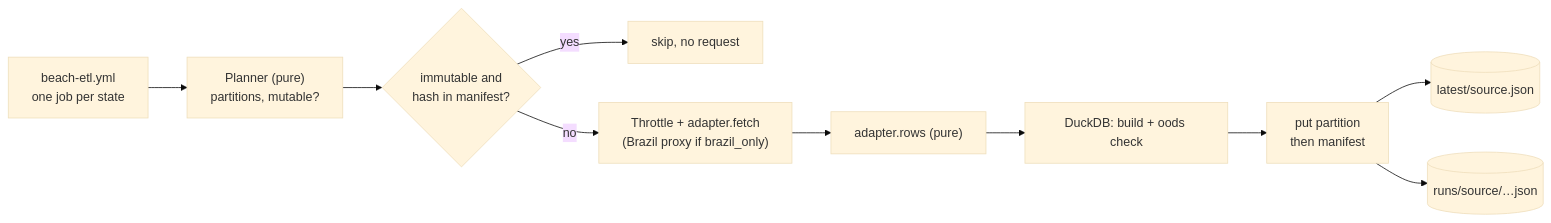
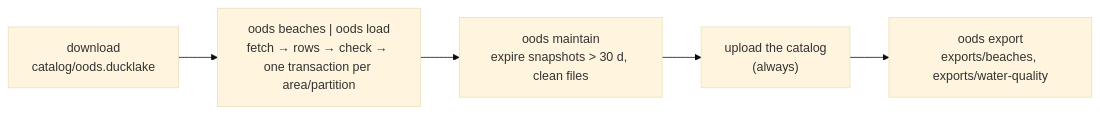
One commit to marola-dev/marola changed the diagram in docs/MIPs/MIP-0075-water-quality-store-r2.md. Above: the diagram before and after it, drawn with Mermaid (base theme). The commit also changed other lines of this file and 2 other files, not shown here.

First line of the commit message:
MIP-0075: B2 + DuckLake, beaches first, and its 21 tasks

````diff
--- a/docs/MIPs/MIP-0075-water-quality-store-r2.md
+++ b/docs/MIPs/MIP-0075-water-quality-store-r2.md
@@ -306,12 +350,7 @@
 ```mermaid
 flowchart LR
-  cron["beach-etl.yml<br/>one job per state"] --> plan["Planner (pure)<br/>partitions, mutable?"]
-  plan --> skip{"immutable and<br/>hash in manifest?"}
-  skip -- yes --> next[skip, no request]
-  skip -- no --> fetch["Throttle + adapter.fetch<br/>(Brazil proxy if brazil_only)"]
-  fetch --> parse["adapter.rows (pure)"]
-  parse --> check["DuckDB: build + oods check"]
-  check --> put["put partition<br/>then manifest"]
-  put --> latest[(latest/source.json)]
-  put --> run[(runs/source/…json)]
+  dl["download<br/>catalog/oods.ducklake"] --> load["oods beaches | oods load<br/>fetch → rows → check → one transaction per area/partition"]
+  load --> maintain["oods maintain<br/>expire snapshots > 30 d, clean files"]
+  maintain --> up["upload the catalog<br/>(always)"]
+  up --> exp["oods export<br/>exports/beaches, exports/water-quality"]
 ```
````
